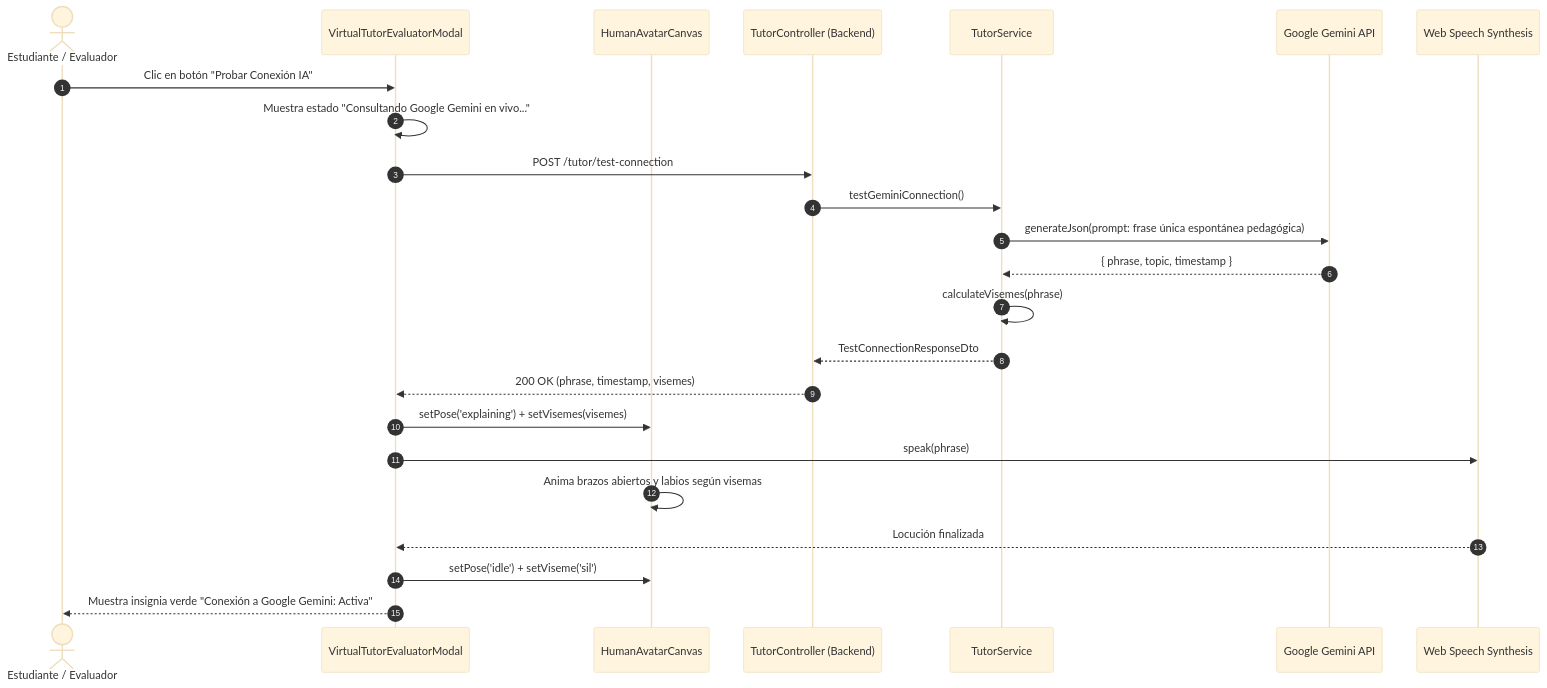
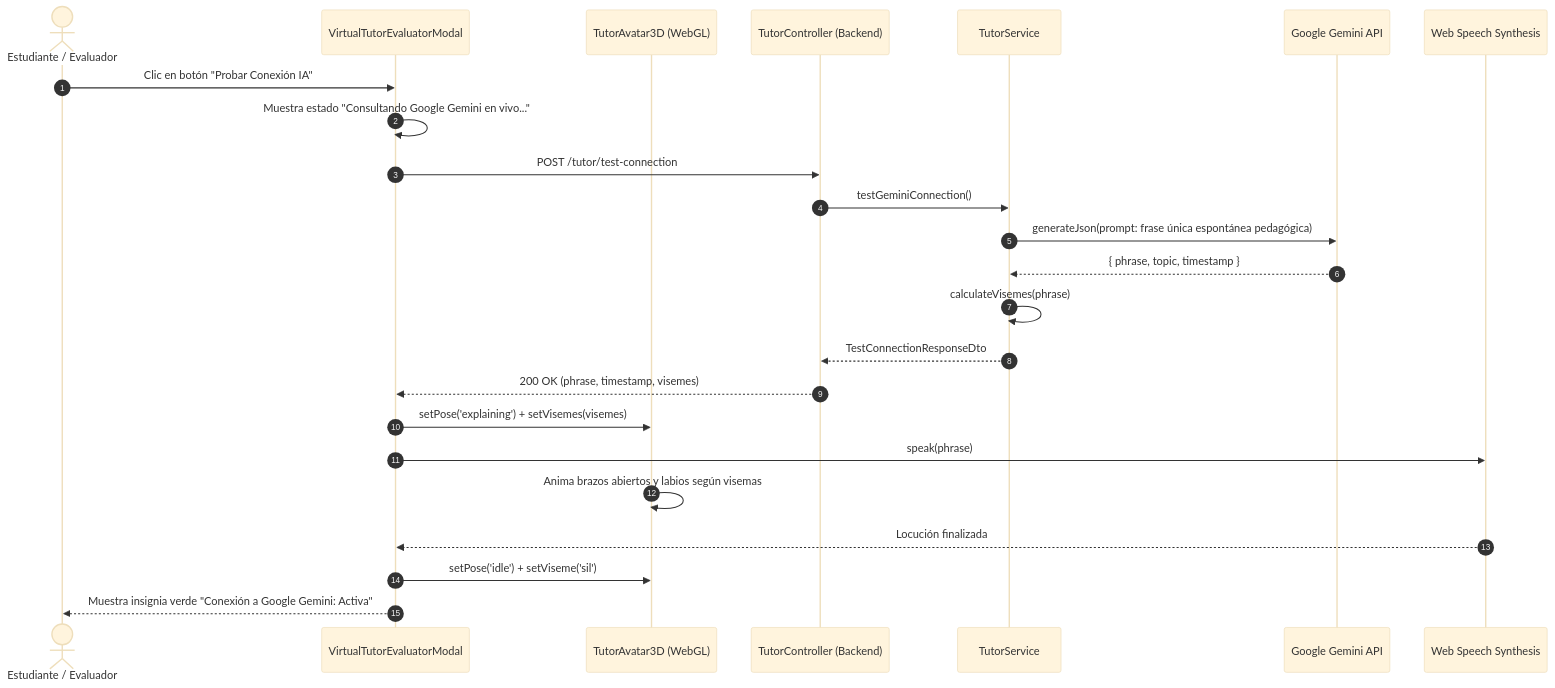
The first of 2 diagrams in docs/specs/02-docente-virtual-evaluacion/plan.md (Thebetus7/SW1-PF-TUTOR-VIRTUALvF-26-2), drawn with Mermaid (base theme) before and after one commit. The commit also changed other lines of this file and 18 other files, not shown here.

Commit message:
feat: add virtual tutor evaluation module with 3D avatar and Gemini AI integration

````diff
--- a/docs/specs/02-docente-virtual-evaluacion/plan.md
+++ b/docs/specs/02-docente-virtual-evaluacion/plan.md
@@ -39,27 +39,27 @@
 ```mermaid
 sequenceDiagram
     autonumber
     actor Estudiante as Estudiante / Evaluador
     participant UI as VirtualTutorEvaluatorModal
-    participant Canvas as HumanAvatarCanvas
+    participant Canvas as TutorAvatar3D (WebGL)
     participant API as TutorController (Backend)
     participant Service as TutorService
     participant Gemini as Google Gemini API
     participant Speech as Web Speech Synthesis
 
     Estudiante->>UI: Clic en botón "Probar Conexión IA"
     UI->>UI: Muestra estado "Consultando Google Gemini en vivo..."
     UI->>API: POST /tutor/test-connection
     API->>Service: testGeminiConnection()
     Service->>Gemini: generateJson(prompt: frase única espontánea pedagógica)
     Gemini-->>Service: { phrase, topic, timestamp }
     Service->>Service: calculateVisemes(phrase)
     Service-->>API: TestConnectionResponseDto
     API-->>UI: 200 OK (phrase, timestamp, visemes)
     UI->>Canvas: setPose('explaining') + setVisemes(visemes)
     UI->>Speech: speak(phrase)
     Canvas->>Canvas: Anima brazos abiertos y labios según visemas
     Speech-->>UI: Locución finalizada
     UI->>Canvas: setPose('idle') + setViseme('sil')
     UI-->>Estudiante: Muestra insignia verde "Conexión a Google Gemini: Activa"
 ```
````
